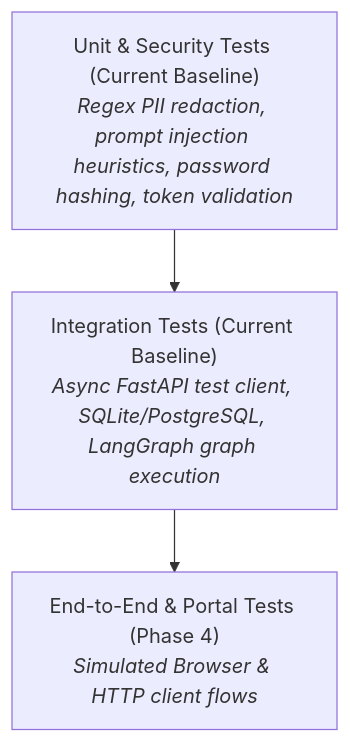
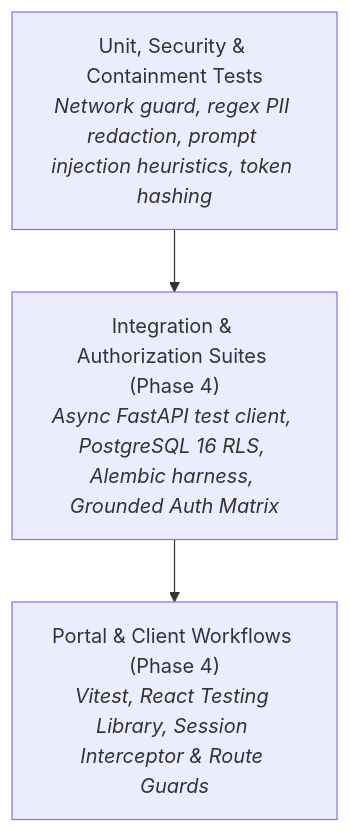
One commit to Hishamct/eduIntel changed the diagram in docs/testing/testing-strategy.md. Above: the diagram before and after it, drawn with Mermaid. The commit also changed other lines of this file and 5 other files, not shown here.

Commit message:
docs(phase4): finalize Phase 4 documentation, closure report, testing strategy, and authorization matrix

````diff
--- a/docs/testing/testing-strategy.md
+++ b/docs/testing/testing-strategy.md
@@ -11,8 +11,8 @@
 ```mermaid
 flowchart TD
-    E2E["End-to-End & Portal Tests (Phase 4)<br><i>Simulated Browser & HTTP client flows</i>"]
-    Integration["Integration Tests (Current Baseline)<br><i>Async FastAPI test client, SQLite/PostgreSQL, LangGraph graph execution</i>"]
-    Unit["Unit & Security Tests (Current Baseline)<br><i>Regex PII redaction, prompt injection heuristics, password hashing, token validation</i>"]
+    E2E["Portal & Client Workflows (Phase 4)<br><i>Vitest, React Testing Library, Session Interceptor & Route Guards</i>"]
+    Integration["Integration & Authorization Suites (Phase 4)<br><i>Async FastAPI test client, PostgreSQL 16 RLS, Alembic harness, Grounded Auth Matrix</i>"]
+    Unit["Unit, Security & Containment Tests<br><i>Network guard, regex PII redaction, prompt injection heuristics, token hashing</i>"]
 
     Unit --> Integration --> E2E
 ```
````
